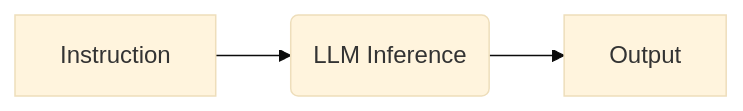
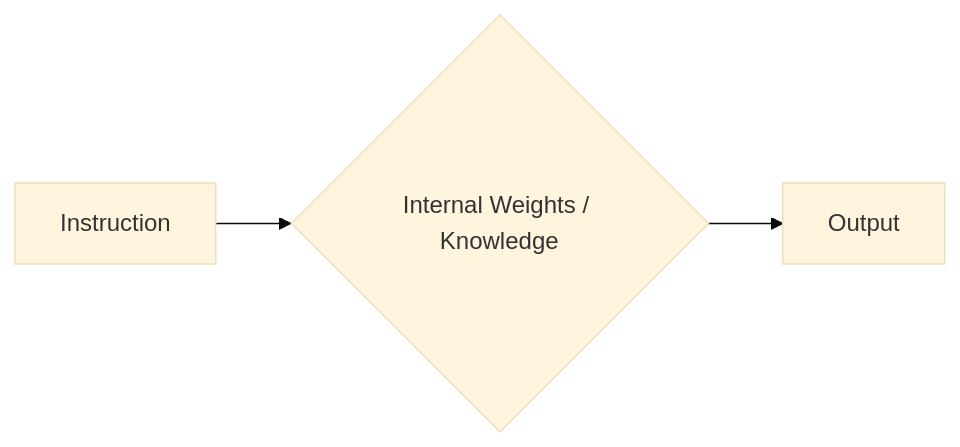
The diagram in prompt engineering/src/content/docs/zero-shot.md (aditya452007/Vibe-Artifacts), drawn with Mermaid (base theme) before and after one commit. The commit also changed other lines of this file and 9 other files, not shown here.

````diff
--- a/prompt engineering/src/content/docs/zero-shot.md
+++ b/prompt engineering/src/content/docs/zero-shot.md
@@ -16,5 +16,5 @@
 ```mermaid
 graph LR
-    A[Instruction] --> B(LLM Inference)
+    A[Instruction] --> B{Internal Weights / Knowledge}
     B --> C[Output]
 ```
````
